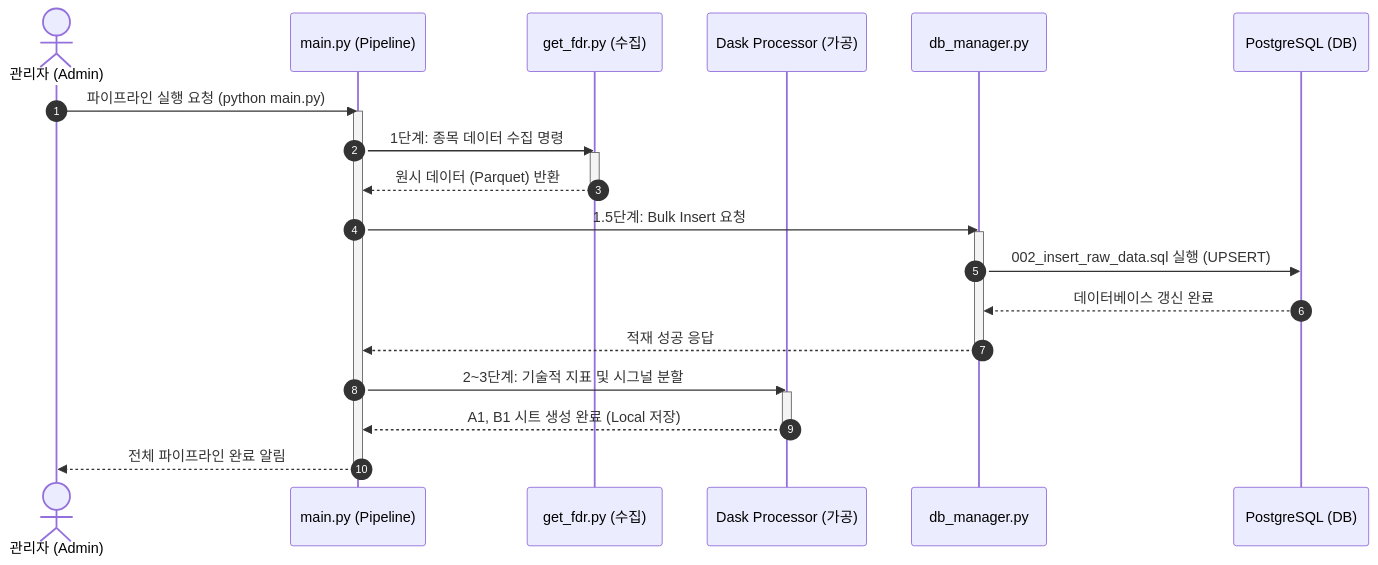
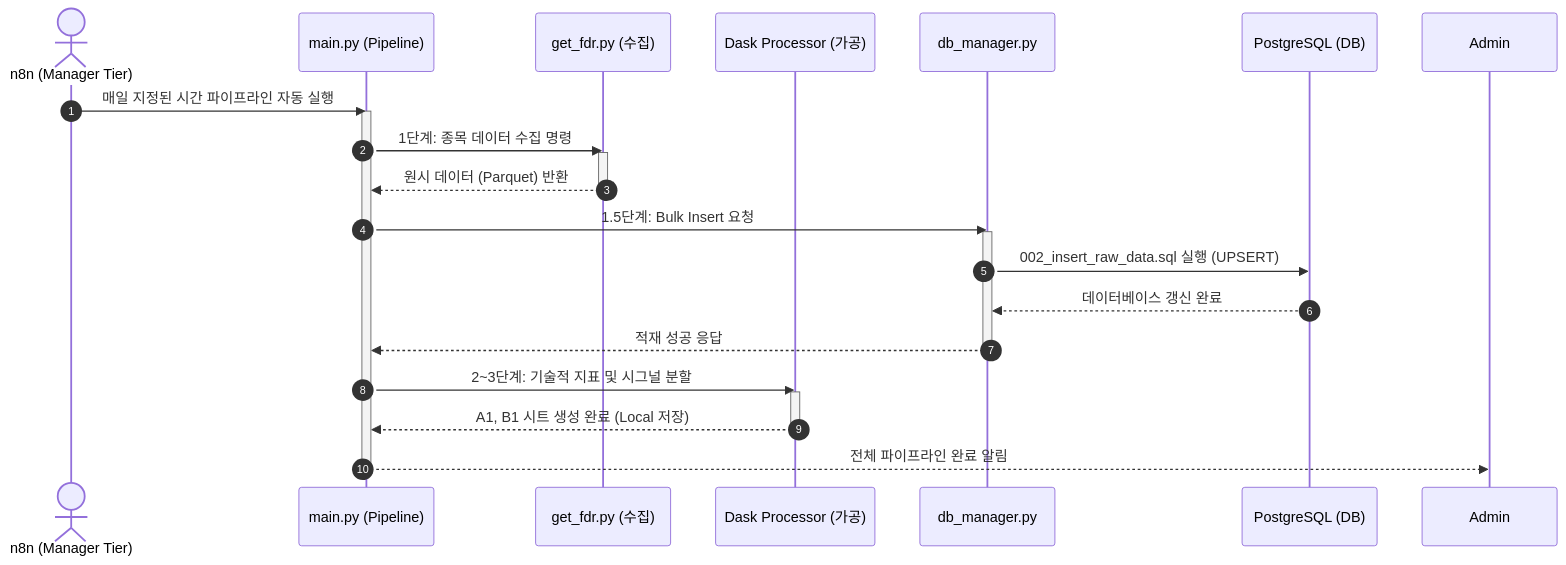
One commit to hugingstar/ggeolmu changed the third of 3 diagrams in README.md. Above: the diagram before and after it, drawn with Mermaid. The commit also changed other lines of this file and 3 other files, not shown here.

Commit message:
feat: Add n8n Manager Tier for automated pipeline scheduling

````diff
--- a/README.md
+++ b/README.md
@@ -102,32 +108,32 @@
 ```mermaid
 sequenceDiagram
     autonumber
-    actor Admin as 관리자 (Admin)
+    actor N8N as n8n (Manager Tier)
     participant Main as main.py (Pipeline)
     participant FDR as get_fdr.py (수집)
     participant Dask as Dask Processor (가공)
     participant DBManager as db_manager.py
     participant DB as PostgreSQL (DB)
 
-    Admin->>Main: 파이프라인 실행 요청 (python main.py)
+    N8N->>Main: 매일 지정된 시간 파이프라인 자동 실행
     activate Main
     Main->>FDR: 1단계: 종목 데이터 수집 명령
     activate FDR
     FDR-->>Main: 원시 데이터 (Parquet) 반환
     deactivate FDR
 
     Main->>DBManager: 1.5단계: Bulk Insert 요청
     activate DBManager
     DBManager->>DB: 002_insert_raw_data.sql 실행 (UPSERT)
     DB-->>DBManager: 데이터베이스 갱신 완료
     DBManager-->>Main: 적재 성공 응답
     deactivate DBManager
 
     Main->>Dask: 2~3단계: 기술적 지표 및 시그널 분할
     activate Dask
     Dask-->>Main: A1, B1 시트 생성 완료 (Local 저장)
     deactivate Dask
 
     Main-->>Admin: 전체 파이프라인 완료 알림
     deactivate Main
 ```
````
